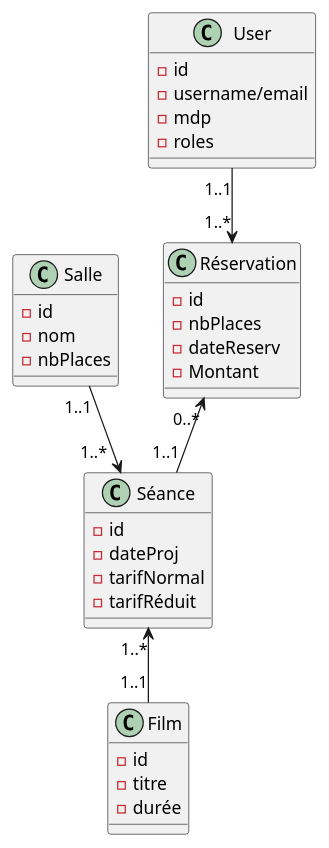
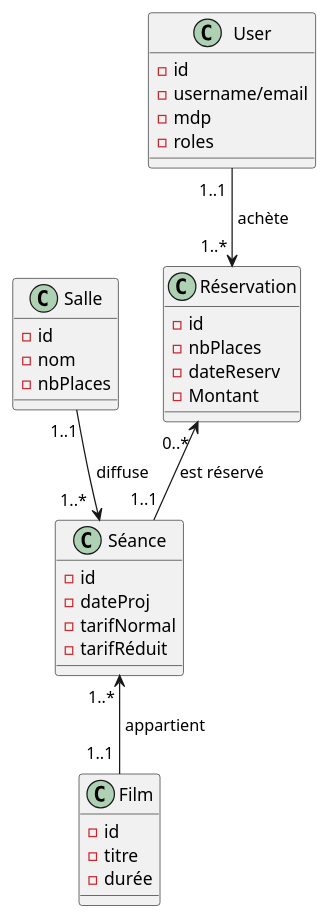
The diagram in documentation/diagramme_de_classe.puml (alexandregascon/api-cinema), drawn with PlantUML before and after one commit. The commit also changed 2 other files, not shown here.

```diff
--- a/documentation/diagramme_de_classe.puml
+++ b/documentation/diagramme_de_classe.puml
@@ -1,42 +1,42 @@
 @startuml
 'https://plantuml.com/class-diagram
 
 class Salle {
 - id
 - nom
 - nbPlaces
 }
 
 class Séance {
 - id
 - dateProj
 - tarifNormal
 - tarifRéduit
 }
 
 class Film {
 - id
 - titre
 - durée
 }
 
 class User {
 - id
 - username/email
 - mdp
 - roles
 }
 
 class Réservation {
 - id
 - nbPlaces
 - dateReserv
 - Montant
 }
 
-User "1..1"-->"1..*" Réservation
-Salle "1..1"-->"1..*  " Séance
-Réservation "0..*"<--"1..1" Séance
-Séance "1..*"<--"1..1" Film
+User "1..1 "-->"1..* " Réservation : " achète"
+Salle "1..1"-->"1..*  " Séance : " diffuse"
+Réservation "0..* "<--"1..1" Séance : "est réservé"
+Séance "1..* "<--"1..1 " Film : " appartient"
 
 @enduml
```
